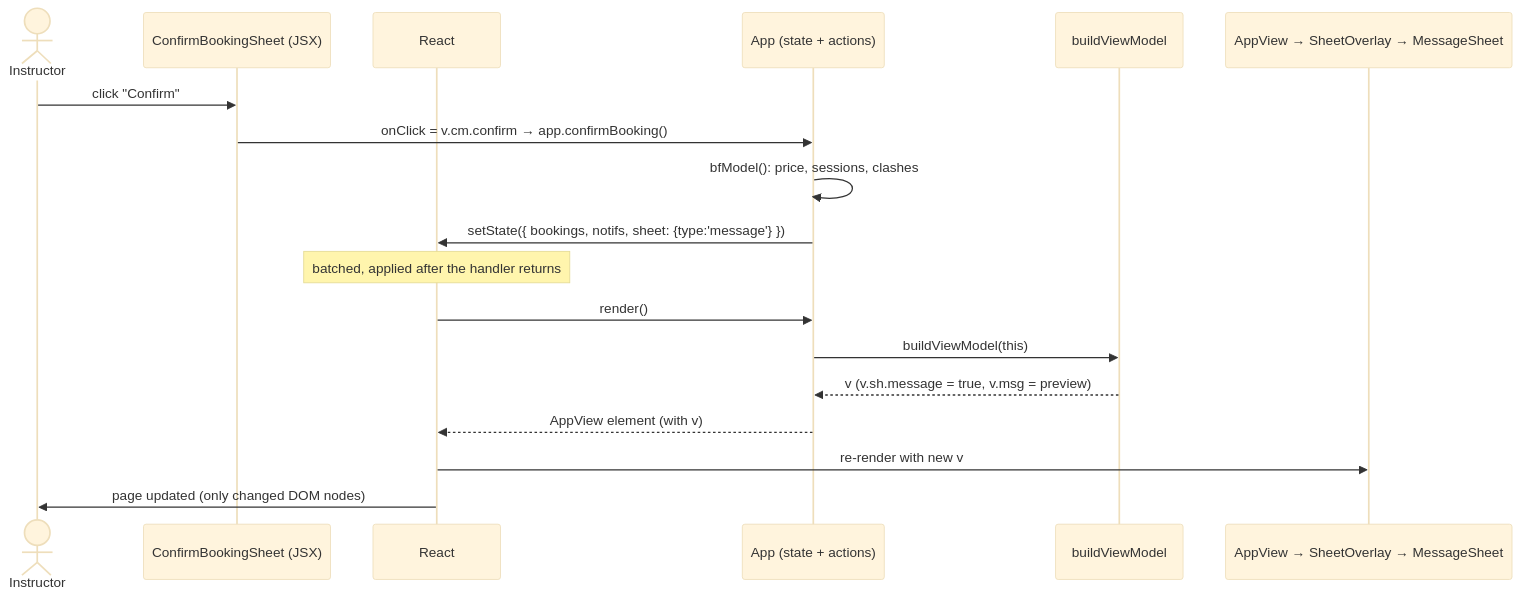
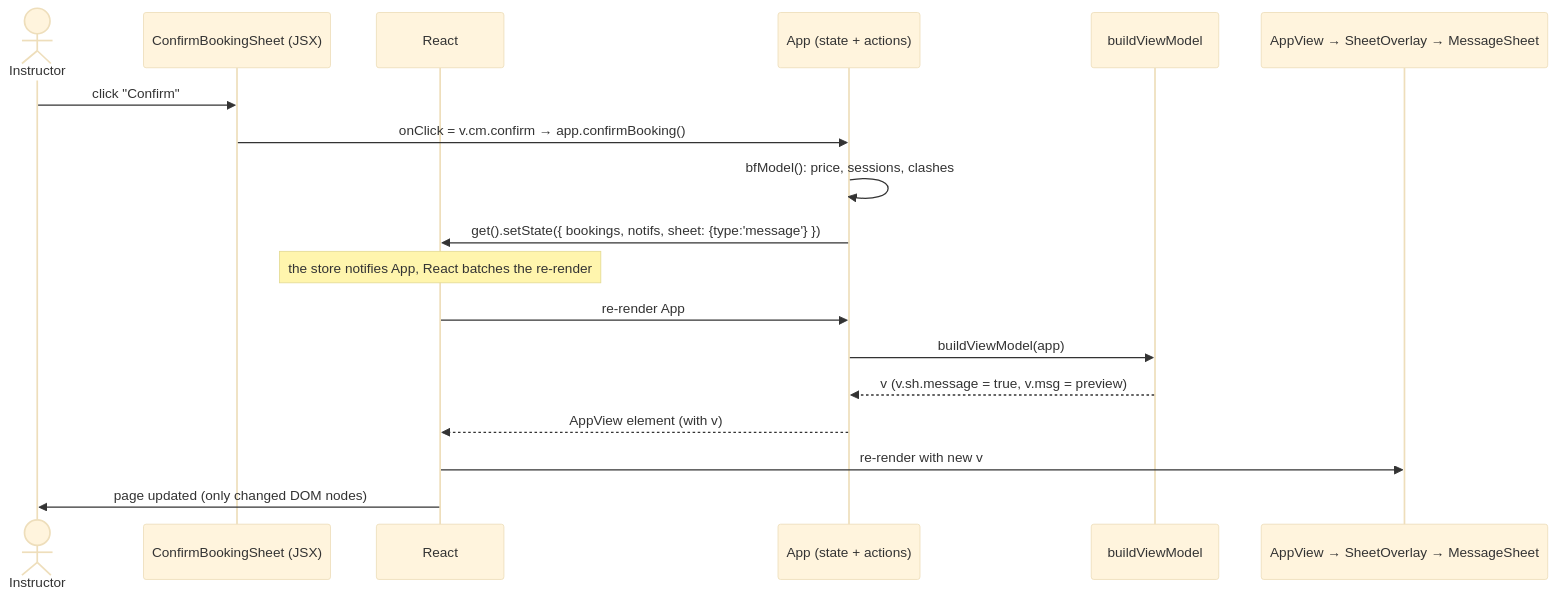
The fourth of 5 diagrams in docs/internal/component-diagram.md (snehashisp/nexdrive), drawn with Mermaid (base theme) before and after one commit. The commit also changed other lines of this file and 33 other files, not shown here.

First line of the commit message:
Replace the App class component with a Zustand store split into feature slices

````diff
--- a/docs/internal/component-diagram.md
+++ b/docs/internal/component-diagram.md
@@ -121,21 +122,21 @@
 ```mermaid
 sequenceDiagram
   actor U as Instructor
   participant S as ConfirmBookingSheet (JSX)
   participant R as React
   participant A as App (state + actions)
   participant V as buildViewModel
   participant AV as AppView → SheetOverlay → MessageSheet
 
   U->>S: click "Confirm"
   S->>A: onClick = v.cm.confirm → app.confirmBooking()
   A->>A: bfModel(): price, sessions, clashes
-  A->>R: setState({ bookings, notifs, sheet: {type:'message'} })
-  Note over R: batched, applied after the handler returns
-  R->>A: render()
-  A->>V: buildViewModel(this)
+  A->>R: get().setState({ bookings, notifs, sheet: {type:'message'} })
+  Note over R: the store notifies App, React batches the re-render
+  R->>A: re-render App
+  A->>V: buildViewModel(app)
   V-->>A: v (v.sh.message = true, v.msg = preview)
   A-->>R: AppView element (with v)
   R->>AV: re-render with new v
   R->>U: page updated (only changed DOM nodes)
 ```
````
